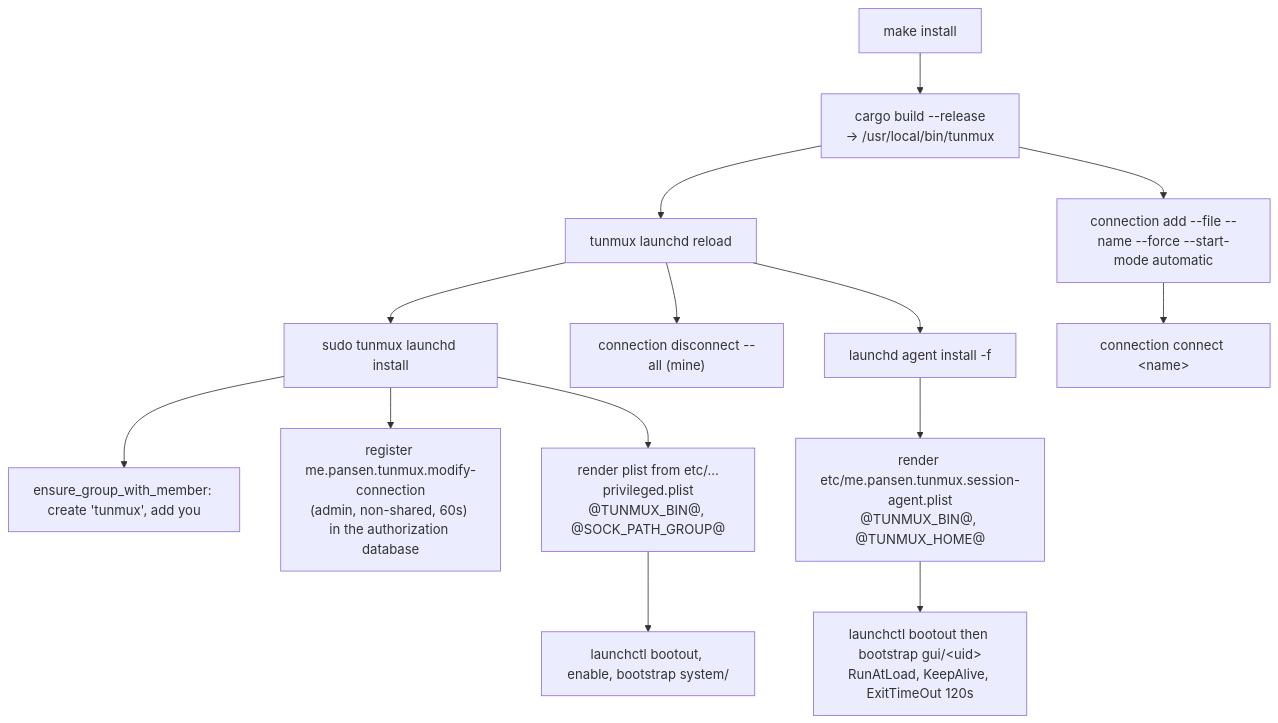
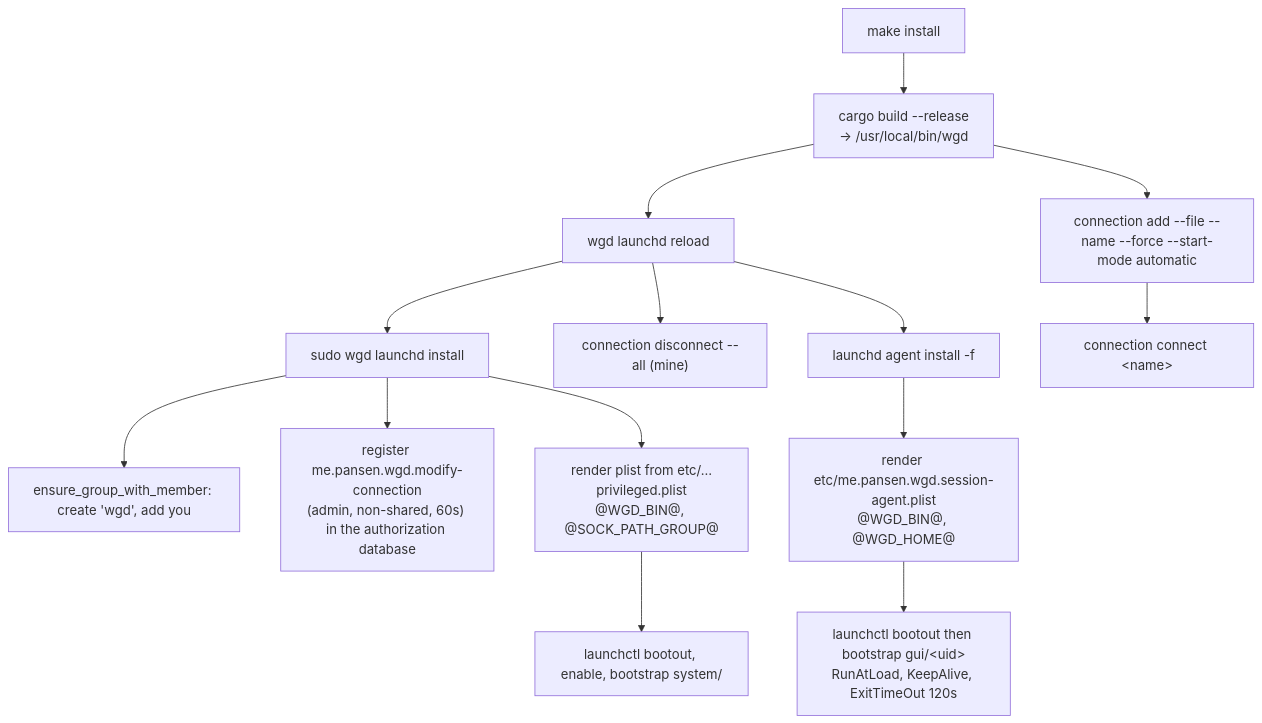
Diagram 11 of 11 in doc/architecture.md (pansen/macos-wireguard-daemon), drawn with Mermaid before and after one commit. The commit also changed other lines of this file and 36 other files, not shown here.

````diff
--- a/doc/architecture.md
+++ b/doc/architecture.md
@@ -618,18 +618,18 @@
 ```mermaid
 flowchart TB
-    MAKE["make install"] --> BUILD["cargo build --release<br/>-> /usr/local/bin/tunmux"]
-    BUILD --> RELOAD["tunmux launchd reload"]
-    RELOAD --> LI["sudo tunmux launchd install"]
+    MAKE["make install"] --> BUILD["cargo build --release<br/>-> /usr/local/bin/wgd"]
+    BUILD --> RELOAD["wgd launchd reload"]
+    RELOAD --> LI["sudo wgd launchd install"]
     RELOAD --> DISC["connection disconnect --all (mine)"]
     RELOAD --> AI["launchd agent install -f"]
     BUILD --> ADD["connection add --file --name --force --start-mode automatic"]
     ADD --> CONNECT["connection connect &lt;name&gt;"]
 
-    LI --> GRP["ensure_group_with_member: create 'tunmux', add you"]
-    LI --> RIGHT["register me.pansen.tunmux.modify-connection<br/>(admin, non-shared, 60s) in the authorization database"]
-    LI --> PL["render plist from etc/…privileged.plist<br/>@TUNMUX_BIN@, @SOCK_PATH_GROUP@"]
+    LI --> GRP["ensure_group_with_member: create 'wgd', add you"]
+    LI --> RIGHT["register me.pansen.wgd.modify-connection<br/>(admin, non-shared, 60s) in the authorization database"]
+    LI --> PL["render plist from etc/…privileged.plist<br/>@WGD_BIN@, @SOCK_PATH_GROUP@"]
     PL --> BOOT["launchctl bootout, enable, bootstrap system/"]
 
-    AI --> APL["render etc/me.pansen.tunmux.session-agent.plist<br/>@TUNMUX_BIN@, @TUNMUX_HOME@"]
+    AI --> APL["render etc/me.pansen.wgd.session-agent.plist<br/>@WGD_BIN@, @WGD_HOME@"]
     APL --> ABOOT["launchctl bootout then bootstrap gui/&lt;uid&gt;<br/>RunAtLoad, KeepAlive, ExitTimeOut 120s"]
 ```
````
